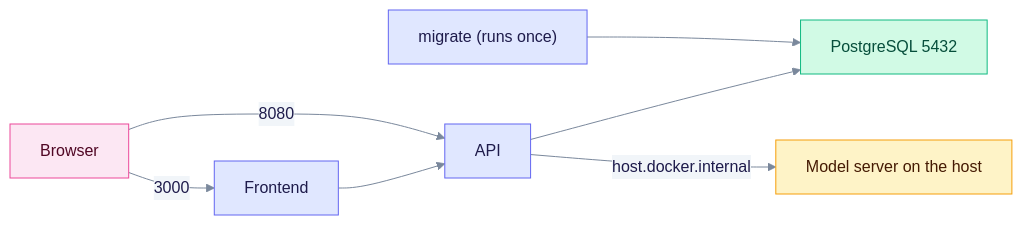
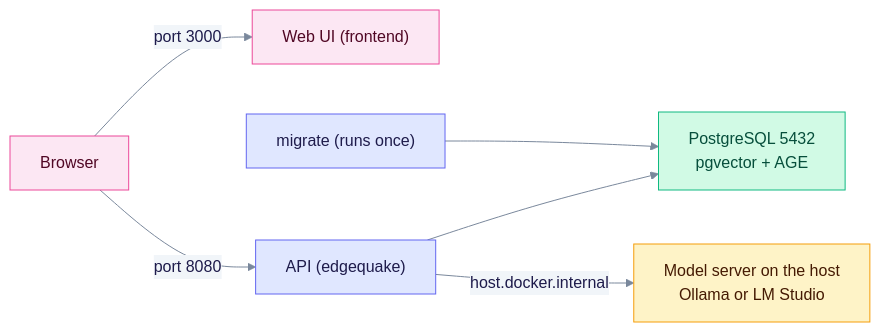
One commit to raphaelmansuy/edgequake changed the diagram in docs/fixes/DOCKER_QUICK_START.md. Above: the diagram before and after it, drawn with Mermaid. The commit also changed other lines of this file and 194 other files, not shown here.

First line of the commit message:
Refresh docs against code and rebuild schema E/R as progressive steps

````diff
--- a/docs/fixes/DOCKER_QUICK_START.md
+++ b/docs/fixes/DOCKER_QUICK_START.md
@@ -19,18 +23,17 @@
 ```mermaid
 %%{init: {"theme":"base","themeVariables":{"primaryColor":"#E0E7FF","primaryBorderColor":"#6366F1","primaryTextColor":"#1E1B4B","secondaryColor":"#D1FAE5","secondaryBorderColor":"#10B981","secondaryTextColor":"#064E3B","tertiaryColor":"#FEF3C7","tertiaryBorderColor":"#F59E0B","tertiaryTextColor":"#6B7A90","lineColor":"#7A889C","clusterBkg":"rgba(99,102,241,0.07)","clusterBorder":"#A5B4FC","noteBkgColor":"#FEF9C3","noteTextColor":"#422006","textColor":"#6B7A90","titleColor":"#6B7A90","signalColor":"#7A889C","signalTextColor":"#6B7A90","loopTextColor":"#6B7A90","edgeLabelBackground":"#F1F5F9","actorLineColor":"#94A3B8"}}}%%
 %% eq-theme:v1
 flowchart LR
-  B["Browser"] -->|"3000"| F["Frontend"]
-  B -->|"8080"| A["API"]
-  F --> A
-  M["migrate (runs once)"] --> P["PostgreSQL 5432"]
+  B["Browser"] -->|"port 3000"| F["Web UI (frontend)"]
+  B -->|"port 8080"| A["API (edgequake)"]
+  M["migrate (runs once)"] --> P["PostgreSQL 5432<br/>pgvector + AGE"]
   A --> P
-  A -->|"host.docker.internal"| L["Model server on the host"]
+  A -->|"host.docker.internal"| L["Model server on the host<br/>Ollama or LM Studio"]
 %% eq-classes
 classDef eqActor fill:#FCE7F3,stroke:#EC4899,color:#500724
 classDef eqStore fill:#D1FAE5,stroke:#10B981,color:#064E3B
 classDef eqLlm fill:#FEF3C7,stroke:#F59E0B,color:#451A03
-class B eqActor
+class B,F eqActor
 class P eqStore
 class L eqLlm
 ```
````
